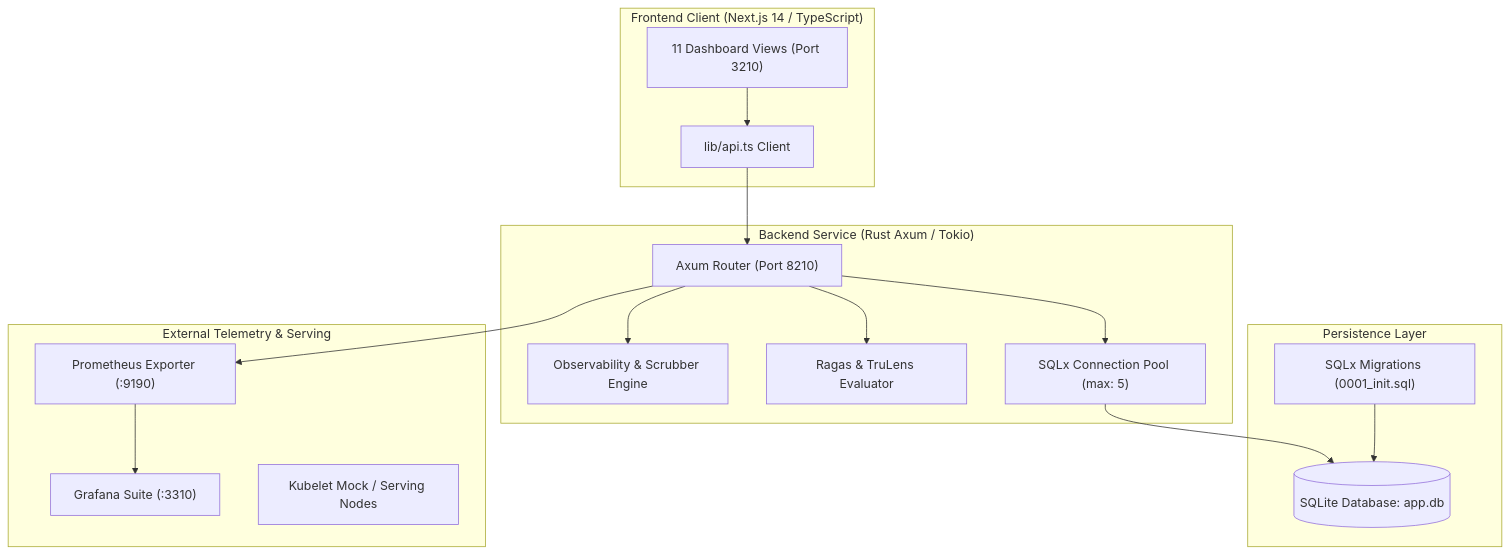
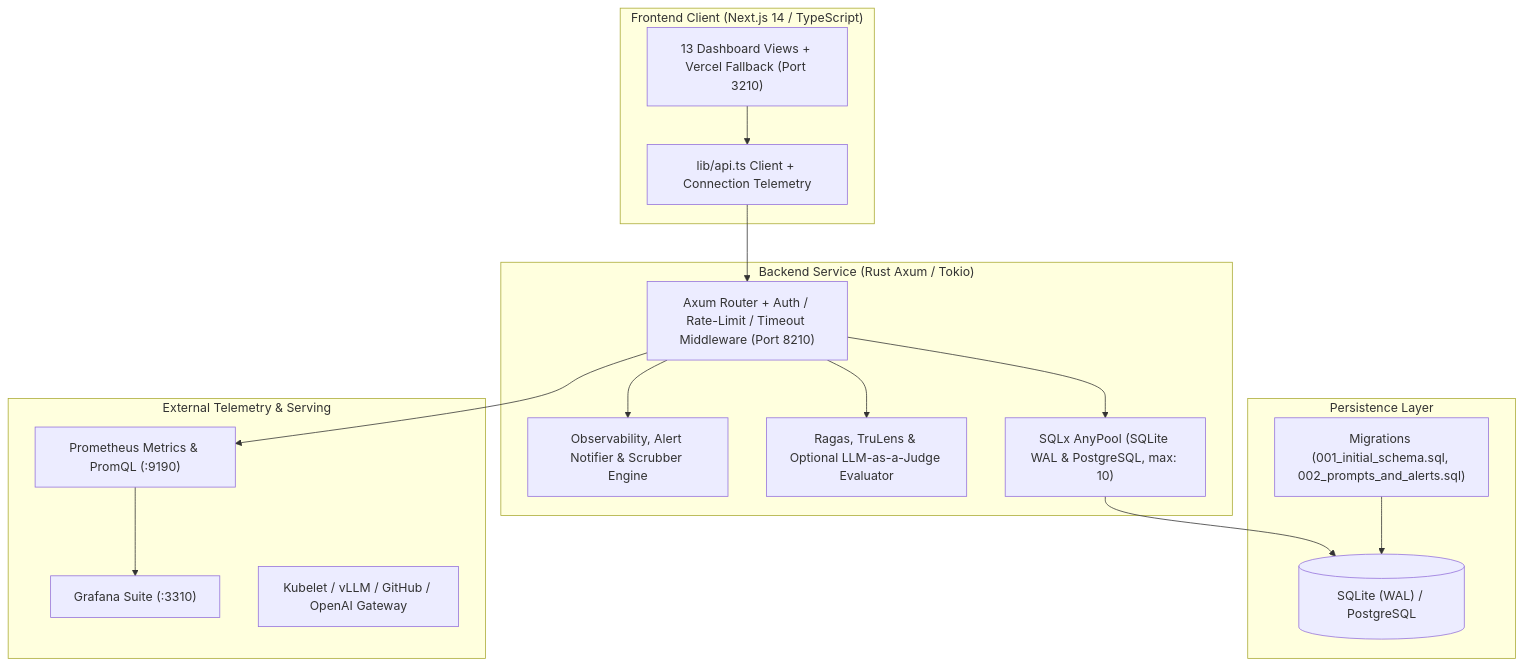
One commit to MTaufikIqball00/LLMOps-Evaluasi-Model-End-To-End changed the diagram in qa-engine/reports/audit_report_latest.md. Above: the diagram before and after it, drawn with Mermaid. The commit also changed other lines of this file and 60 other files, not shown here.

Commit message:
feat: end-to-end audit fixes, real telemetry, AI gateway, prompt registry, alerting & OpenAPI

````diff
--- a/qa-engine/reports/audit_report_latest.md
+++ b/qa-engine/reports/audit_report_latest.md
@@ -25,35 +23,35 @@
 ```mermaid
 flowchart TD
     subgraph Frontend["Frontend Client (Next.js 14 / TypeScript)"]
-        UI["11 Dashboard Views (Port 3210)"]
-        Client["lib/api.ts Client"]
+        UI["13 Dashboard Views + Vercel Fallback (Port 3210)"]
+        Client["lib/api.ts Client + Connection Telemetry"]
     end
 
     subgraph Backend["Backend Service (Rust Axum / Tokio)"]
-        Router["Axum Router (Port 8210)"]
-        Obs["Observability & Scrubber Engine"]
-        Eval["Ragas & TruLens Evaluator"]
-        Pool["SQLx Connection Pool (max: 5)"]
+        Router["Axum Router + Auth / Rate-Limit / Timeout Middleware (Port 8210)"]
+        Obs["Observability, Alert Notifier & Scrubber Engine"]
+        Eval["Ragas, TruLens & Optional LLM-as-a-Judge Evaluator"]
+        Pool["SQLx AnyPool (SQLite WAL & PostgreSQL, max: 10)"]
     end
 
     subgraph Persistence["Persistence Layer"]
-        DB[("SQLite Database: app.db")]
-        Migrations["SQLx Migrations (0001_init.sql)"]
+        DB[("SQLite (WAL) / PostgreSQL")]
+        Migrations["Migrations (001_initial_schema.sql, 002_prompts_and_alerts.sql)"]
     end
 
     subgraph External["External Telemetry & Serving"]
-        Prom["Prometheus Exporter (:9190)"]
+        Prom["Prometheus Metrics & PromQL (:9190)"]
         Graf["Grafana Suite (:3310)"]
-        K8s["Kubelet Mock / Serving Nodes"]
+        K8s["Kubelet / vLLM / GitHub / OpenAI Gateway"]
     end
 
     UI --> Client
     Client --> Router
     Router --> Obs
     Router --> Eval
     Router --> Pool
     Pool --> DB
     Migrations --> DB
     Router --> Prom
     Prom --> Graf
 ```
````
